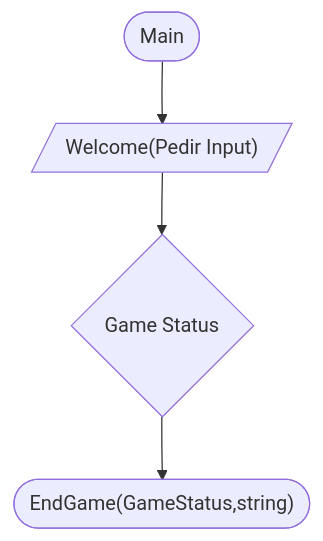
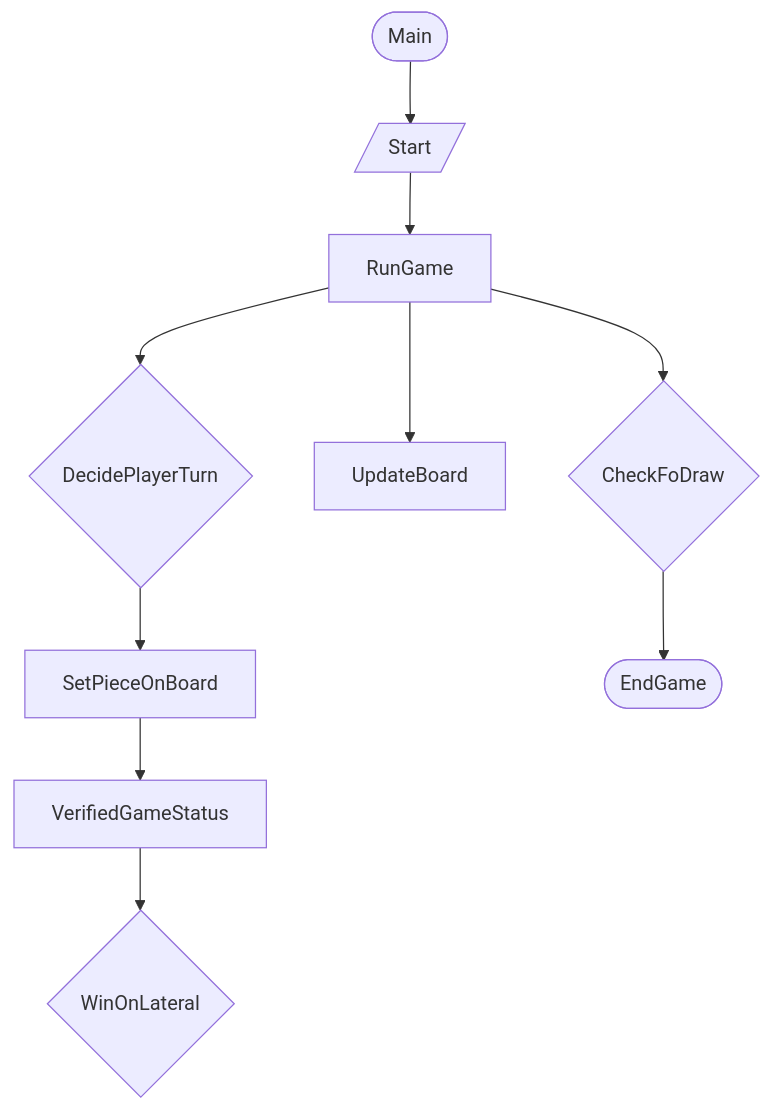
One commit to bryanb619/GaloDaVelha changed the diagram in README.md. Above: the diagram before and after it, drawn with Mermaid. The commit also changed other lines of this file, not shown here.

Commit message:
Updated UML on Readme

````diff
--- a/README.md
+++ b/README.md
@@ -68,7 +68,25 @@
 ```mermaid
 graph TD
-  A([Main]) --> B[/"Welcome(Pedir Input)"/]
-  B --> C{Game Status}
-  C --> D(["EndGame(GameStatus,string)"])
+
+  A([Main]) --> B[/"Start"/];
+  B         --> C[RunGame];
+
+  C --> J{CheckFoDraw};
+  C --> D[UpdateBoard];
+  C --> E{DecidePlayerTurn};
+
+  E --> F[SetPieceOnBoard]
+  F --> G[VerifiedGameStatus]
+
+  G --> H{WinOnLateral}
+
+
+
+J --> Y([EndGame])
+
+
+
+
+
 
 ```
````
